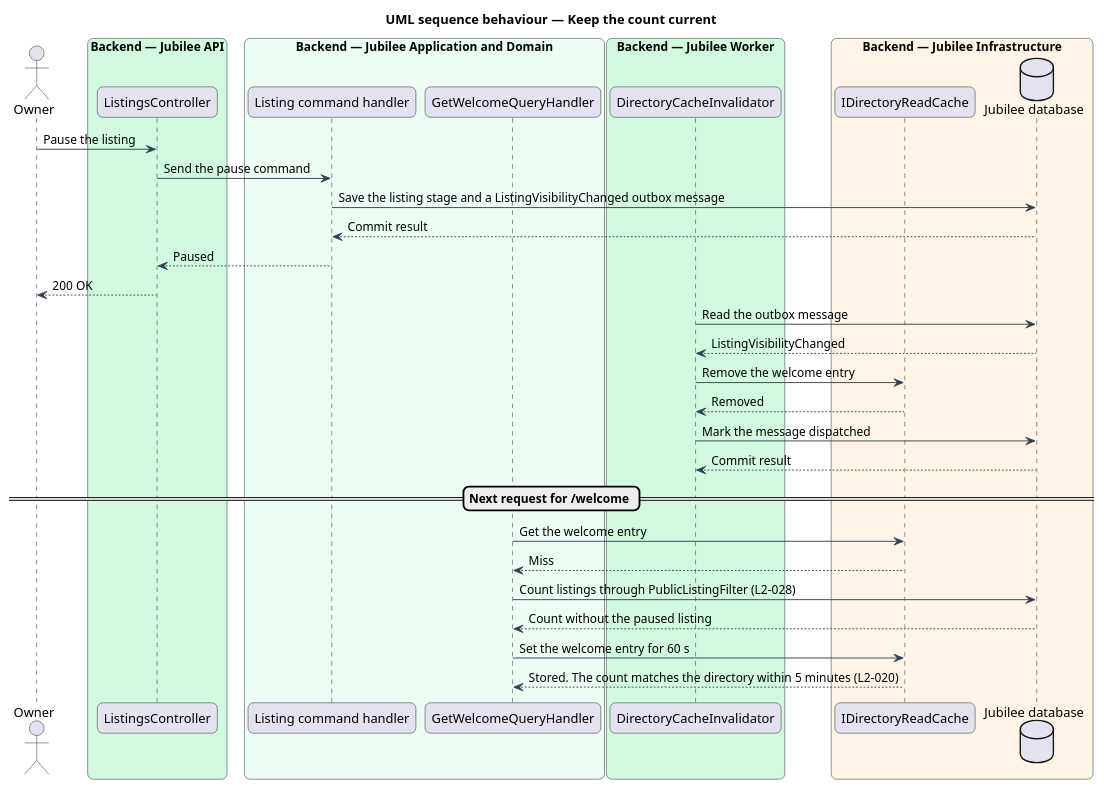
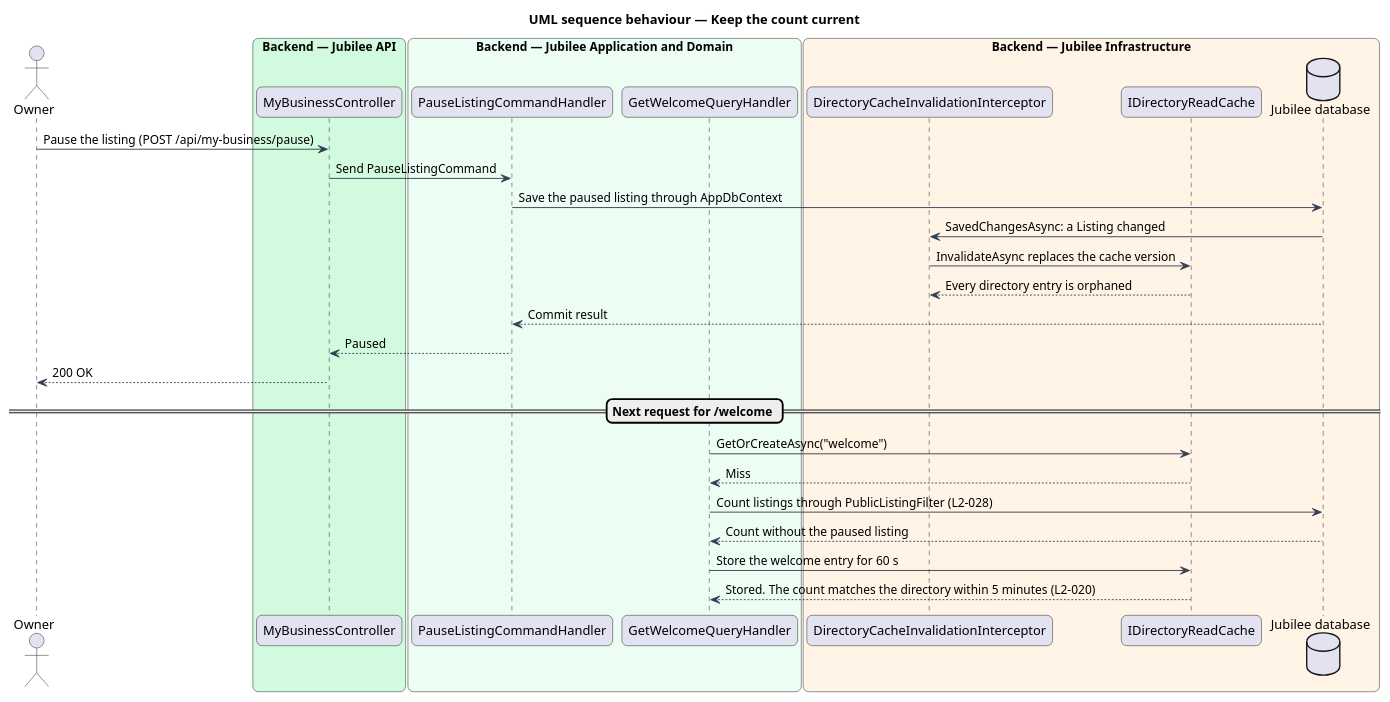
Before and after one commit to QuinntyneBrown/jubilee: the diagram in docs/detailed-designs/directory/view-welcome-page/diagrams/sequence-keep-count-current.puml, drawn with PlantUML. The commit also changed 25 other files, not shown here.

First line of the commit message:
Directory cache: the SaveChanges interceptor is the designed path (ADR 0003)

```diff
--- a/docs/detailed-designs/directory/view-welcome-page/diagrams/sequence-keep-count-current.puml
+++ b/docs/detailed-designs/directory/view-welcome-page/diagrams/sequence-keep-count-current.puml
@@ -1,53 +1,48 @@
 @startuml
 title UML sequence behaviour — Keep the count current
 skinparam backgroundColor #FFFFFF
 skinparam shadowing false
 skinparam roundcorner 12
 skinparam defaultFontName Arial
 skinparam ArrowColor #344054
 skinparam rectangle {
   BorderColor #344054
   FontColor #101828
 }
 skinparam package {
   BorderColor #667085
   FontColor #101828
   BackgroundColor #F9FAFB
 }
 
 
 actor "Owner" as actor
 box "Backend — Jubilee API" #D1FADF
-  participant "ListingsController" as controller
+  participant "MyBusinessController" as controller
 end box
 box "Backend — Jubilee Application and Domain" #ECFDF3
-  participant "Listing command handler" as handler
+  participant "PauseListingCommandHandler" as handler
   participant "GetWelcomeQueryHandler" as welcome
 end box
-box "Backend — Jubilee Worker" #D1FADF
-  participant "DirectoryCacheInvalidator" as invalidator
-end box
 box "Backend — Jubilee Infrastructure" #FFF4E5
+  participant "DirectoryCacheInvalidationInterceptor" as invalidator
   participant "IDirectoryReadCache" as cache
   database "Jubilee database" as db
 end box
-actor -> controller : Pause the listing
-controller -> handler : Send the pause command
-handler -> db : Save the listing stage and a ListingVisibilityChanged outbox message
+actor -> controller : Pause the listing (POST /api/my-business/pause)
+controller -> handler : Send PauseListingCommand
+handler -> db : Save the paused listing through AppDbContext
+db -> invalidator : SavedChangesAsync: a Listing changed
+invalidator -> cache : InvalidateAsync replaces the cache version
+cache --> invalidator : Every directory entry is orphaned
 db --> handler : Commit result
 handler --> controller : Paused
 controller --> actor : 200 OK
-invalidator -> db : Read the outbox message
-db --> invalidator : ListingVisibilityChanged
-invalidator -> cache : Remove the welcome entry
-cache --> invalidator : Removed
-invalidator -> db : Mark the message dispatched
-db --> invalidator : Commit result
 == Next request for /welcome ==
-welcome -> cache : Get the welcome entry
+welcome -> cache : GetOrCreateAsync("welcome")
 cache --> welcome : Miss
 welcome -> db : Count listings through PublicListingFilter (L2-028)
 db --> welcome : Count without the paused listing
-welcome -> cache : Set the welcome entry for 60 s
+welcome -> cache : Store the welcome entry for 60 s
 cache --> welcome : Stored. The count matches the directory within 5 minutes (L2-020)
 @enduml
```
